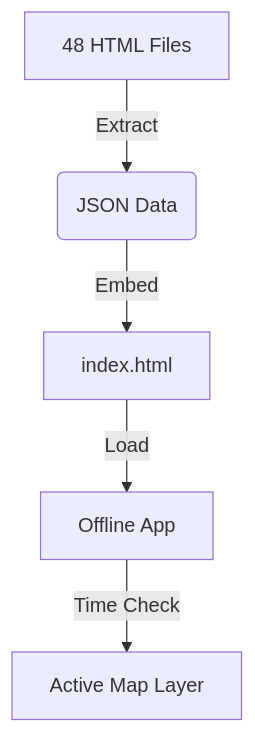
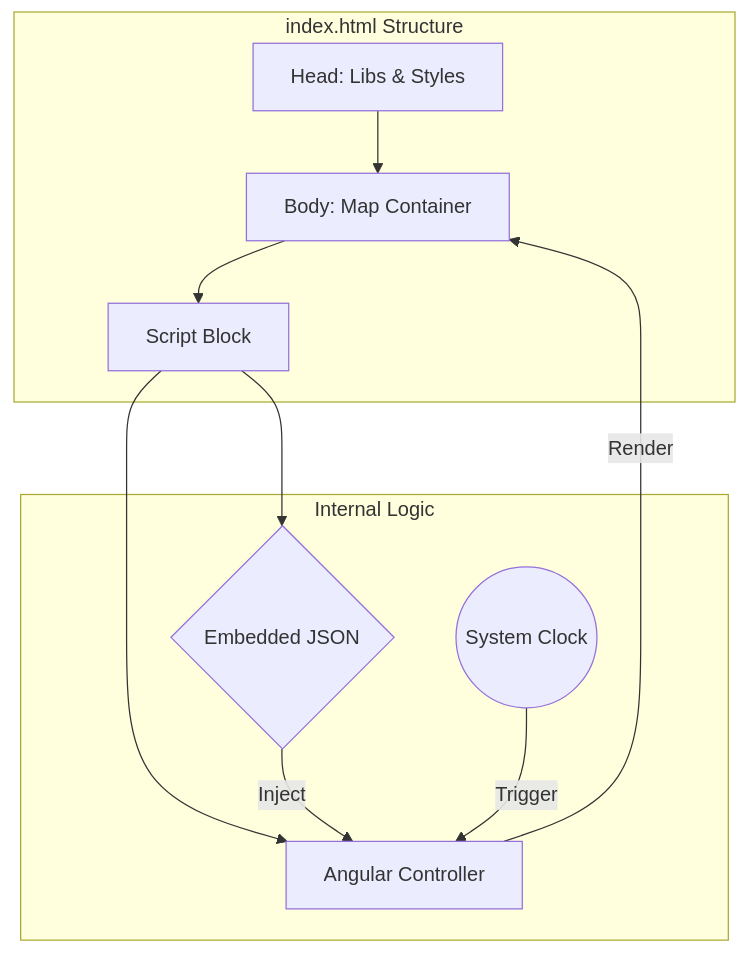
One commit to dugann/gis-field-maps changed the diagram in README.md. Above: the diagram before and after it, drawn with Mermaid. The commit also changed other lines of this file, not shown here.

Commit message:
Enhance README with code structure diagram
Added a section detailing the code structure using a mermaid diagram.

````diff
--- a/README.md
+++ b/README.md
@@ -13,7 +14,24 @@
 ```mermaid
 graph TD
-    A[48 HTML Files] -->|Extract| B(JSON Data)
-    B -->|Embed| C[index.html]
-    C -->|Load| D[Offline App]
-    D -->|Time Check| E[Active Map Layer]
+    subgraph File [index.html Structure]
+        Head[Head: Libs & Styles]
+        Body[Body: Map Container]
+        Script[Script Block]
+    end
+
+    Head --> Body
+    Body --> Script
+
+    subgraph Logic [Internal Logic]
+        Data{Embedded JSON}
+        Ctrl[Angular Controller]
+        Clock((System Clock))
+    end
+
+    Script --> Data
+    Script --> Ctrl
+    
+    Data -->|Inject| Ctrl
+    Clock -->|Trigger| Ctrl
+    Ctrl -->|Render| Body
 ```
````
